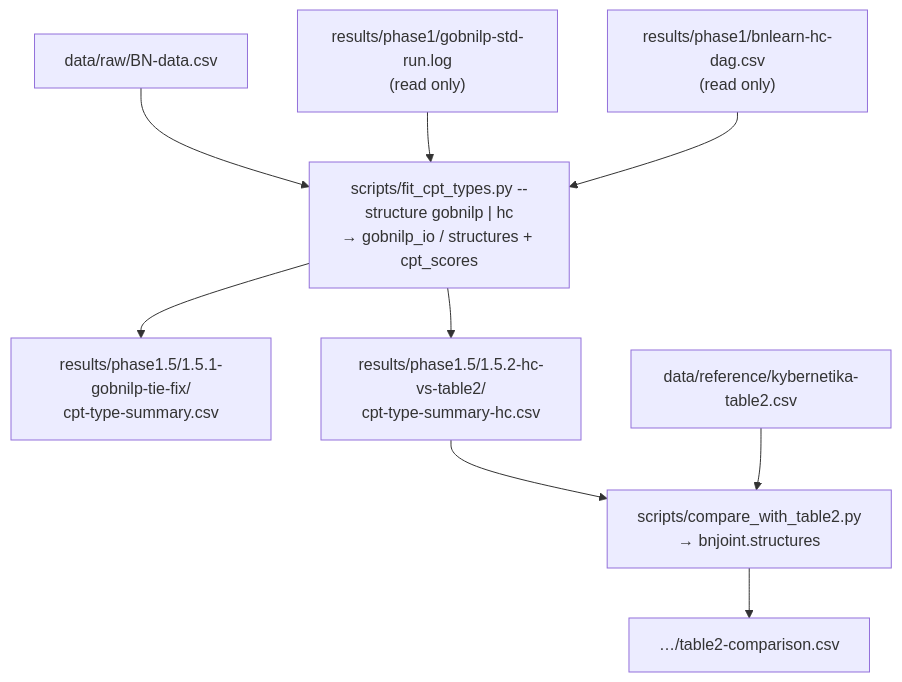
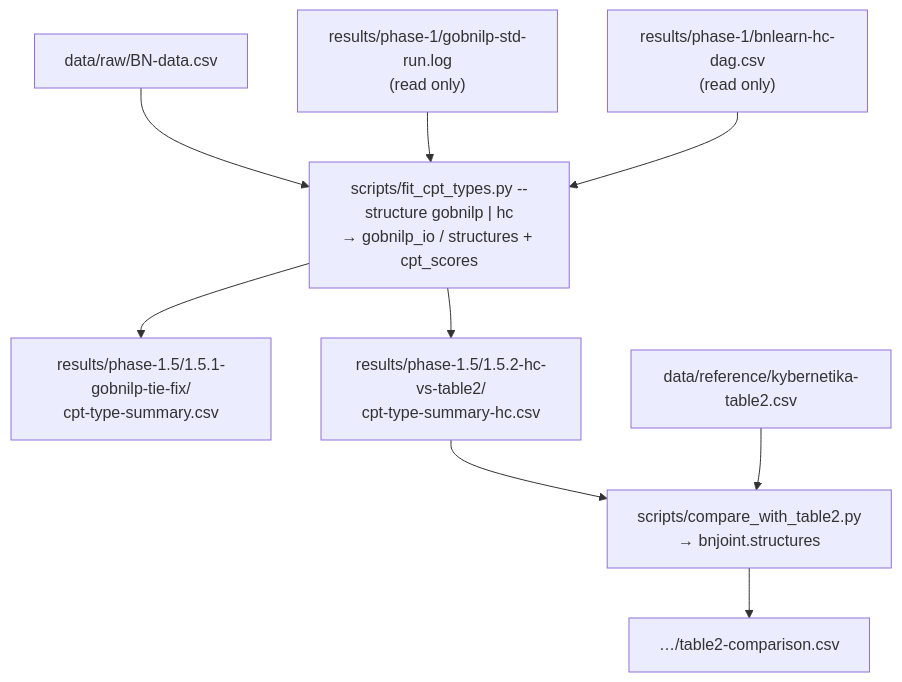
Before and after one commit to p-anika/bn-joint-structure-cpt-learning: the second of 2 diagrams in docs/code-guide/ARCHITECTURE.md, drawn with Mermaid. The commit also changed other lines of this file and 73 other files, not shown here.

````diff
--- a/docs/code-guide/ARCHITECTURE.md
+++ b/docs/code-guide/ARCHITECTURE.md
@@ -29,18 +29,18 @@
 ```mermaid
 flowchart TD
     raw["data/raw/BN-data.csv"]
-    log["results/phase1/gobnilp-std-run.log<br/>(read only)"]
-    hcout["results/phase1/bnlearn-hc-dag.csv<br/>(read only)"]
+    log["results/phase-1/gobnilp-std-run.log<br/>(read only)"]
+    hcout["results/phase-1/bnlearn-hc-dag.csv<br/>(read only)"]
     fit["scripts/fit_cpt_types.py --structure gobnilp | hc<br/>→ gobnilp_io / structures + cpt_scores"]
-    c151["results/phase1.5/1.5.1-gobnilp-tie-fix/<br/>cpt-type-summary.csv"]
-    c152["results/phase1.5/1.5.2-hc-vs-table2/<br/>cpt-type-summary-hc.csv"]
+    c151["results/phase-1.5/1.5.1-gobnilp-tie-fix/<br/>cpt-type-summary.csv"]
+    c152["results/phase-1.5/1.5.2-hc-vs-table2/<br/>cpt-type-summary-hc.csv"]
     t2["data/reference/kybernetika-table2.csv"]
     cmp["scripts/compare_with_table2.py<br/>→ bnjoint.structures"]
     out["…/table2-comparison.csv"]
 
     raw --> fit
     log --> fit --> c151
     hcout --> fit --> c152
     c152 --> cmp
     t2 --> cmp --> out
 ```
````
